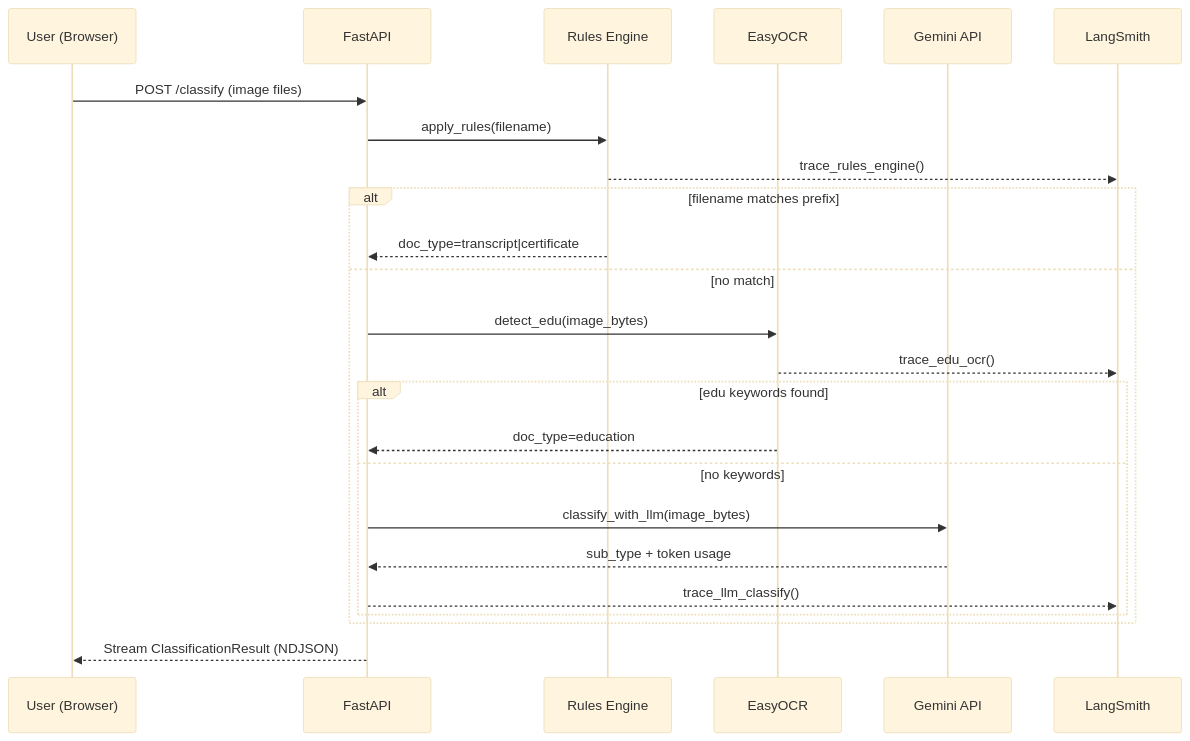
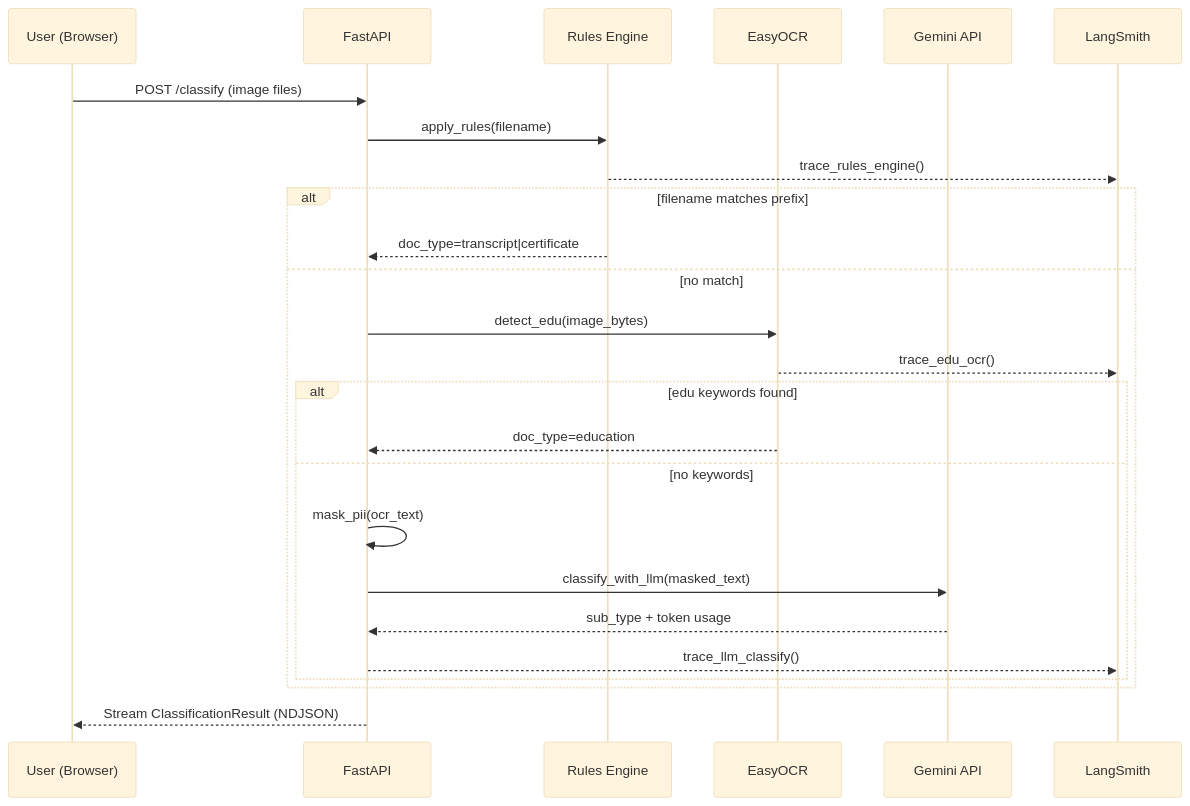
Before and after one commit to sandhya-bdb/edudoc-ai: the third of 3 diagrams in README.md, drawn with Mermaid (base theme). The commit also changed other lines of this file, not shown here.

````diff
--- a/README.md
+++ b/README.md
@@ -151,30 +153,31 @@
 ```mermaid
 sequenceDiagram
     participant U as User (Browser)
     participant F as FastAPI
     participant R as Rules Engine
     participant O as EasyOCR
     participant G as Gemini API
     participant L as LangSmith
 
     U->>F: POST /classify (image files)
     F->>R: apply_rules(filename)
     R-->>L: trace_rules_engine()
 
     alt filename matches prefix
         R-->>F: doc_type=transcript|certificate
     else no match
         F->>O: detect_edu(image_bytes)
         O-->>L: trace_edu_ocr()
 
         alt edu keywords found
             O-->>F: doc_type=education
         else no keywords
-            F->>G: classify_with_llm(image_bytes)
+            F->>F: mask_pii(ocr_text)
+            F->>G: classify_with_llm(masked_text)
             G-->>F: sub_type + token usage
             F-->>L: trace_llm_classify()
         end
     end
 
     F-->>U: Stream ClassificationResult (NDJSON)
 ```
````
